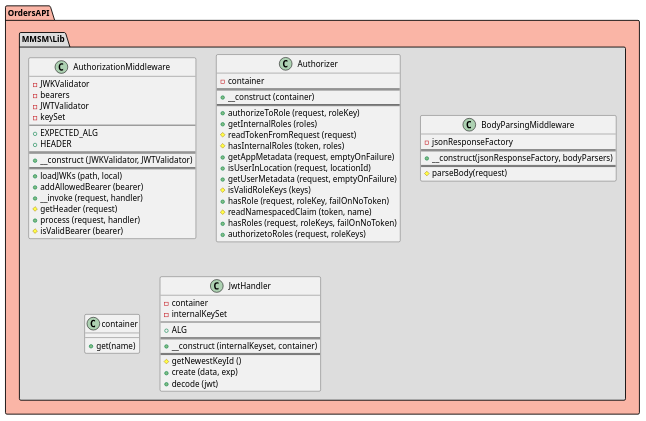
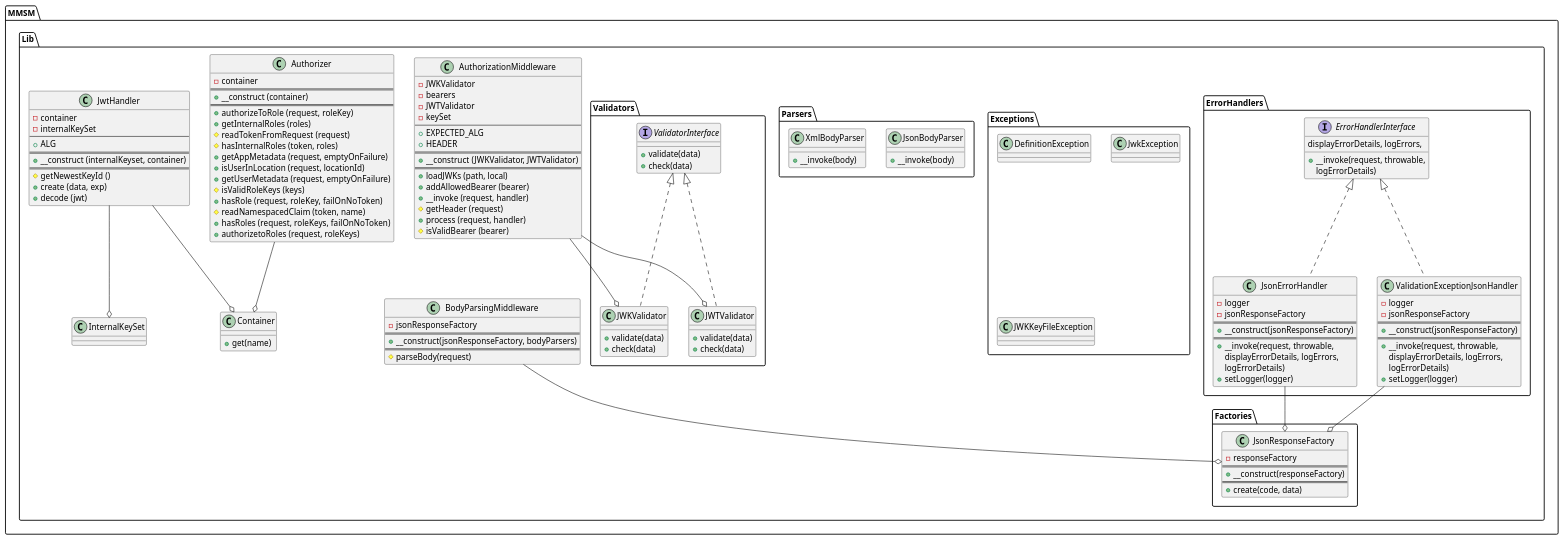
The diagram in ServiceLib Class UML.wsd (mmsm2021/UML), drawn with PlantUML before and after one commit.

Commit message:
ServiceLib Class UML updated

```diff
--- a/ServiceLib Class UML.wsd
+++ b/ServiceLib Class UML.wsd
@@ -1,74 +1,159 @@
 @startuml Class UML
     
-    namespace OrdersAPI #FAB5A6 {
+    set namespaceSeparator \\
 
-        namespace MMSM\Lib #DDDDDD {
+    interface "MMSM\\Lib\\ErrorHandlers\\ErrorHandlerInterface" {
+        + {method} __invoke(request, throwable,
+                            displayErrorDetails, logErrors,
+                            logErrorDetails)
+    }
 
-            class AuthorizationMiddleware {
-                - JWKValidator
-                - bearers
-                - JWTValidator
-                - keySet
-                --
-                + EXPECTED_ALG
-                + HEADER
-                ==
-                + {method} __construct (JWKValidator, JWTValidator)
-                ==
-                + {method} loadJWKs (path, local)
-                + {method} addAllowedBearer (bearer)
-                + {method} __invoke (request, handler)
-                # {method} getHeader (request)
-                + {method} process (request, handler)
-                # {method} isValidBearer (bearer)
-            }
+    "MMSM\\Lib\\ErrorHandlers\\JsonErrorHandler" --o "MMSM\\Lib\\Factories\\JsonResponseFactory"
 
-            class Authorizer {
-                -container
-                ==
-                + {method} __construct (container)
-                ==
-                + {method} authorizeToRole (request, roleKey)
-                + {method} getInternalRoles (roles)
-                # {method} readTokenFromRequest (request)
-                # {method} hasInternalRoles (token, roles)
-                + {method} getAppMetadata (request, emptyOnFailure)
-                + {method} isUserInLocation (request, locationId)
-                + {method} getUserMetadata (request, emptyOnFailure)
-                # {method} isValidRoleKeys (keys)
-                + {method} hasRole (request, roleKey, failOnNoToken)
-                # {method} readNamespacedClaim (token, name)
-                + {method} hasRoles (request, roleKeys, failOnNoToken)
-                + {method} authorizetoRoles (request, roleKeys)
-            }
+    class "MMSM\\Lib\\ErrorHandlers\\JsonErrorHandler" implements MMSM\\Lib\\ErrorHandlers\\ErrorHandlerInterface {
+        - logger
+        - jsonResponseFactory
+        ==
+        + {method} __construct(jsonResponseFactory)
+        ==
+        + {method} __invoke(request, throwable,
+                            displayErrorDetails, logErrors,
+                            logErrorDetails)
+        + {method} setLogger(logger)
+    }
 
-            class BodyParsingMiddleware {
-                - jsonResponseFactory
-                ==
-                + {method} __construct(jsonResponseFactory, bodyParsers)
-                ==
-                # {method} parseBody(request)
-            }
+    "MMSM\\Lib\\ErrorHandlers\\ValidationExceptionJsonHandler" --o "MMSM\\Lib\\Factories\\JsonResponseFactory"
 
-            class container {
-                + {method} get(name)
-            }
+    class "MMSM\\Lib\\ErrorHandlers\\ValidationExceptionJsonHandler" implements MMSM\\Lib\\ErrorHandlers\\ErrorHandlerInterface {
+        - logger
+        - jsonResponseFactory
+        ==
+        + {method} __construct(jsonResponseFactory)
+        ==
+        + {method} __invoke(request, throwable,
+                            displayErrorDetails, logErrors,
+                            logErrorDetails)
+        + {method} setLogger(logger)
+    }
 
-            class JwtHandler {
-                - container
-                - internalKeySet
-                --
-                + ALG
-                ==
-                + {method} __construct (internalKeyset, container)
-                ==
-                # {method} getNewestKeyId ()
-                + {method} create (data, exp)
-                + {method} decode (jwt)
-            }
-
-        }
+    class "MMSM\\Lib\\Exceptions\\DefinitionException" {
 
     }
 
+    class "MMSM\\Lib\\Exceptions\\JwkException" {
+
+    }
+
+    class "MMSM\\Lib\\Exceptions\\JWKKeyFileException" {
+
+    }
+
+    class "MMSM\\Lib\\Factories\\JsonResponseFactory" {
+        - responseFactory
+        ==
+        + {method} __construct(responseFactory)
+        ==
+        + {method} create(code, data)
+    }
+
+    class "MMSM\\Lib\\Parsers\\JsonBodyParser" {
+        + {method} __invoke(body)
+    }
+
+    class "MMSM\\Lib\\Parsers\\XmlBodyParser" {
+        + {method} __invoke(body)
+    }
+
+    interface "MMSM\\Lib\\Validators\\ValidatorInterface" {
+        + {method} validate(data)
+        + {method} check(data)
+    }
+
+    class "MMSM\\Lib\\Validators\\JWKValidator" implements MMSM\\Lib\\Validators\\ValidatorInterface {
+        + {method} validate(data)
+        + {method} check(data)
+    }
+
+    class "MMSM\\Lib\\Validators\\JWTValidator" implements MMSM\\Lib\\Validators\\ValidatorInterface {
+        + {method} validate(data)
+        + {method} check(data)
+    }
+
+    "MMSM\\Lib\\AuthorizationMiddleware" --o "MMSM\\Lib\\Validators\\JWKValidator"
+    "MMSM\\Lib\\AuthorizationMiddleware" --o "MMSM\\Lib\\Validators\\JWTValidator"
+
+    class "MMSM\\Lib\\AuthorizationMiddleware" {
+        - JWKValidator
+        - bearers
+        - JWTValidator
+        - keySet
+        --
+        + EXPECTED_ALG
+        + HEADER
+        ==
+        + {method} __construct (JWKValidator, JWTValidator)
+        ==
+        + {method} loadJWKs (path, local)
+        + {method} addAllowedBearer (bearer)
+        + {method} __invoke (request, handler)
+        # {method} getHeader (request)
+        + {method} process (request, handler)
+        # {method} isValidBearer (bearer)
+    }
+
+    "MMSM\\Lib\\Authorizer" --o "MMSM\\Lib\\Container"
+
+    class "MMSM\\Lib\\Authorizer" {
+        -container
+        ==
+        + {method} __construct (container)
+        ==
+        + {method} authorizeToRole (request, roleKey)
+        + {method} getInternalRoles (roles)
+        # {method} readTokenFromRequest (request)
+        # {method} hasInternalRoles (token, roles)
+        + {method} getAppMetadata (request, emptyOnFailure)
+        + {method} isUserInLocation (request, locationId)
+        + {method} getUserMetadata (request, emptyOnFailure)
+        # {method} isValidRoleKeys (keys)
+        + {method} hasRole (request, roleKey, failOnNoToken)
+        # {method} readNamespacedClaim (token, name)
+        + {method} hasRoles (request, roleKeys, failOnNoToken)
+        + {method} authorizetoRoles (request, roleKeys)
+    }
+
+    "MMSM\\Lib\\BodyParsingMiddleware" --o "MMSM\\Lib\\Factories\\JsonResponseFactory"
+
+    class "MMSM\\Lib\\BodyParsingMiddleware" {
+        - jsonResponseFactory
+        ==
+        + {method} __construct(jsonResponseFactory, bodyParsers)
+        ==
+        # {method} parseBody(request)
+    }
+
+    class "MMSM\\Lib\\Container" {
+        + {method} get(name)
+    }
+
+    class "MMSM\\Lib\\InternalKeySet" {
+
+    }
+
+    "MMSM\\Lib\\JwtHandler" --o "MMSM\\Lib\\Container"
+    "MMSM\\Lib\\JwtHandler" --o "MMSM\\Lib\\InternalKeySet"
+
+    class "MMSM\\Lib\\JwtHandler" {
+        - container
+        - internalKeySet
+        --
+        + ALG
+        ==
+        + {method} __construct (internalKeyset, container)
+        ==
+        # {method} getNewestKeyId ()
+        + {method} create (data, exp)
+        + {method} decode (jwt)
+    }
+
 @enduml
```
